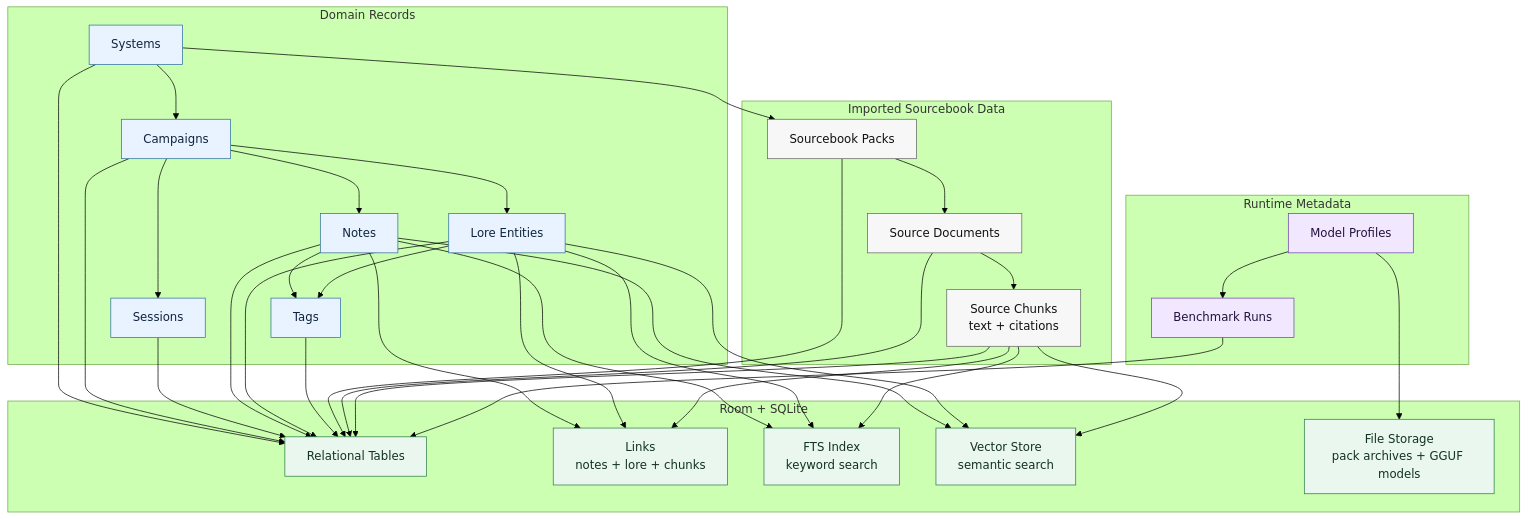
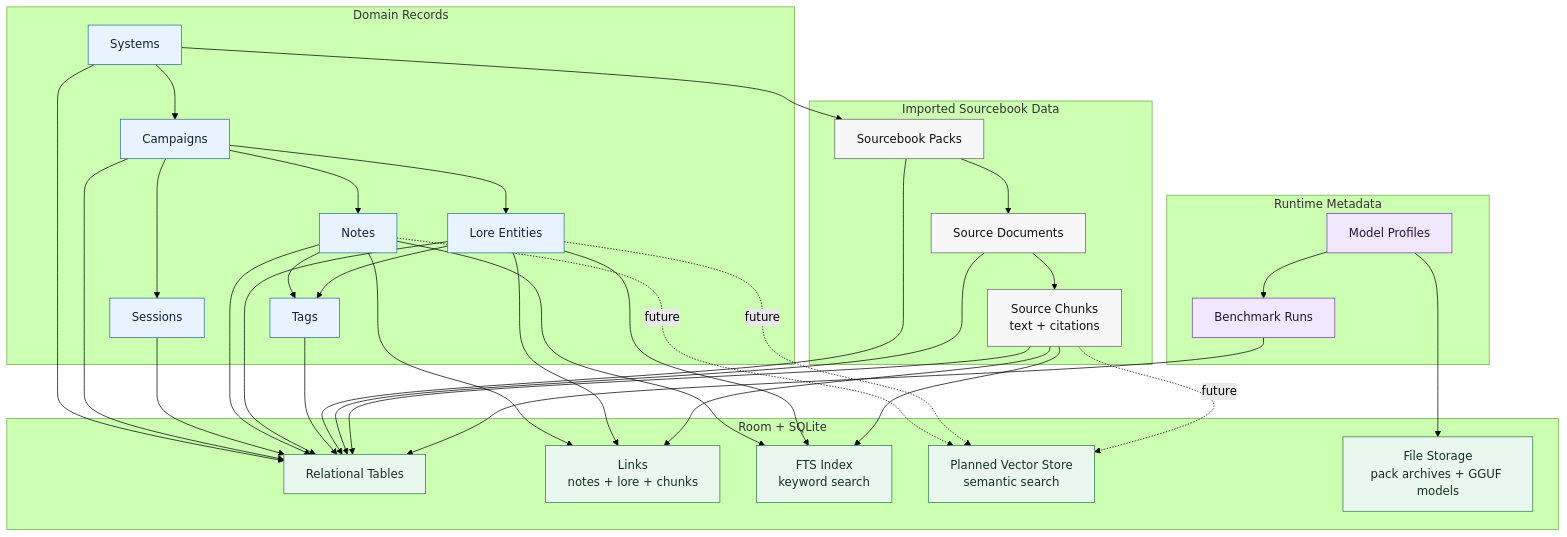
Before and after one commit to Brackistar/game-master-notes: the diagram in docs/data-layer-plan.mmd, drawn with Mermaid (forest theme). The commit also changed 32 other files, not shown here.

```diff
--- a/docs/data-layer-plan.mmd
+++ b/docs/data-layer-plan.mmd
@@ -1,72 +1,72 @@
 flowchart TD
   subgraph Domain[Domain Records]
     System[Systems]
     Campaign[Campaigns]
     Session[Sessions]
     Note[Notes]
     Lore[Lore Entities]
     Tag[Tags]
   end
 
   subgraph Sources[Imported Sourcebook Data]
     Pack[Sourcebook Packs]
     Document[Source Documents]
     Chunk[Source Chunks\ntext + citations]
   end
 
   subgraph Storage[Room + SQLite]
     Tables[Relational Tables]
     Links[Links\nnotes + lore + chunks]
     FTS[FTS Index\nkeyword search]
-    Vector[Vector Store\nsemantic search]
+    Vector[Planned Vector Store\nsemantic search]
     Files[File Storage\npack archives + GGUF models]
   end
 
   subgraph Runtime[Runtime Metadata]
     Models[Model Profiles]
     Bench[Benchmark Runs]
   end
 
   System --> Campaign
   Campaign --> Session
   Campaign --> Note
   Campaign --> Lore
   Note --> Tag
   Lore --> Tag
 
   Pack --> Document --> Chunk
   System --> Pack
 
   System --> Tables
   Campaign --> Tables
   Session --> Tables
   Note --> Tables
   Lore --> Tables
   Tag --> Tables
   Pack --> Tables
   Document --> Tables
   Chunk --> Tables
 
   Note --> Links
   Lore --> Links
   Chunk --> Links
   Note --> FTS
   Lore --> FTS
   Chunk --> FTS
-  Note --> Vector
-  Lore --> Vector
-  Chunk --> Vector
+  Note -.future.-> Vector
+  Lore -.future.-> Vector
+  Chunk -.future.-> Vector
 
   Models --> Files
   Models --> Bench
   Bench --> Tables
 
   classDef domain fill:#e8f3ff,stroke:#2f6f9f,color:#10233f;
   classDef source fill:#f7f7f7,stroke:#666,color:#111;
   classDef storage fill:#e9f7ef,stroke:#2d7d46,color:#13331f;
   classDef runtime fill:#f1e8ff,stroke:#6f45ad,color:#25123f;
 
   class System,Campaign,Session,Note,Lore,Tag domain;
   class Pack,Document,Chunk source;
   class Tables,Links,FTS,Vector,Files storage;
   class Models,Bench runtime;
```
